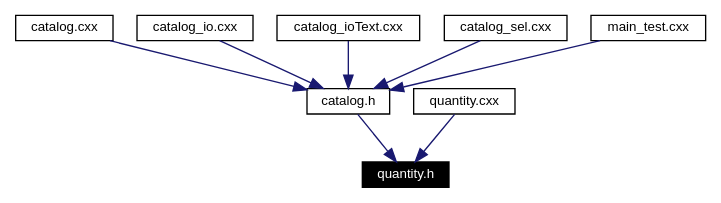
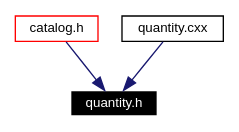
The diagram in doc/doxy-html/quantity_8h__dep__incl.dot (fermi-lat/catalogAccess), drawn with Graphviz before and after one commit. The commit also changed 57 other files, not shown here.

```diff
--- a/doc/doxy-html/quantity_8h__dep__incl.dot
+++ b/doc/doxy-html/quantity_8h__dep__incl.dot
@@ -1,18 +1,10 @@
-digraph inheritance
+digraph G
 {
-  Node103 [shape="box",label="quantity.h",fontsize=10,height=0.2,width=0.4,fontname="Helvetica",color="black",style="filled" fontcolor="white"];
-  Node104 -> Node103 [color="midnightblue",fontsize=10,style="solid",fontname="Helvetica"];
-  Node104 [shape="box",label="catalog.h",fontsize=10,height=0.2,width=0.4,fontname="Helvetica",color="black",URL="$catalog_8h.html"];
-  Node105 -> Node104 [color="midnightblue",fontsize=10,style="solid",fontname="Helvetica"];
-  Node105 [shape="box",label="catalog.cxx",fontsize=10,height=0.2,width=0.4,fontname="Helvetica",color="black",URL="$catalog_8cxx.html"];
-  Node106 -> Node104 [color="midnightblue",fontsize=10,style="solid",fontname="Helvetica"];
-  Node106 [shape="box",label="catalog_io.cxx",fontsize=10,height=0.2,width=0.4,fontname="Helvetica",color="black",URL="$catalog__io_8cxx.html"];
-  Node107 -> Node104 [color="midnightblue",fontsize=10,style="solid",fontname="Helvetica"];
-  Node107 [shape="box",label="catalog_ioText.cxx",fontsize=10,height=0.2,width=0.4,fontname="Helvetica",color="black",URL="$catalog__io_text_8cxx.html"];
-  Node108 -> Node104 [color="midnightblue",fontsize=10,style="solid",fontname="Helvetica"];
-  Node108 [shape="box",label="catalog_sel.cxx",fontsize=10,height=0.2,width=0.4,fontname="Helvetica",color="black",URL="$catalog__sel_8cxx.html"];
-  Node109 -> Node104 [color="midnightblue",fontsize=10,style="solid",fontname="Helvetica"];
-  Node109 [shape="box",label="main_test.cxx",fontsize=10,height=0.2,width=0.4,fontname="Helvetica",color="black",URL="$main__test_8cxx.html"];
-  Node110 -> Node103 [color="midnightblue",fontsize=10,style="solid",fontname="Helvetica"];
-  Node110 [shape="box",label="quantity.cxx",fontsize=10,height=0.2,width=0.4,fontname="Helvetica",color="black",URL="$quantity_8cxx.html"];
+  edge [fontname="Helvetica",fontsize=10,labelfontname="Helvetica",labelfontsize=10];
+  node [fontname="Helvetica",fontsize=10,shape=record];
+  Node111 [label="quantity.h",height=0.2,width=0.4,color="white", fillcolor="black", style="filled" fontcolor="white"];
+  Node112 -> Node111 [color="midnightblue",fontsize=10,style="solid",fontname="Helvetica"];
+  Node112 [label="catalog.h",height=0.2,width=0.4,color="red",URL="$catalog_8h.html"];
+  Node118 -> Node111 [color="midnightblue",fontsize=10,style="solid",fontname="Helvetica"];
+  Node118 [label="quantity.cxx",height=0.2,width=0.4,color="black",URL="$quantity_8cxx.html"];
 }
```
